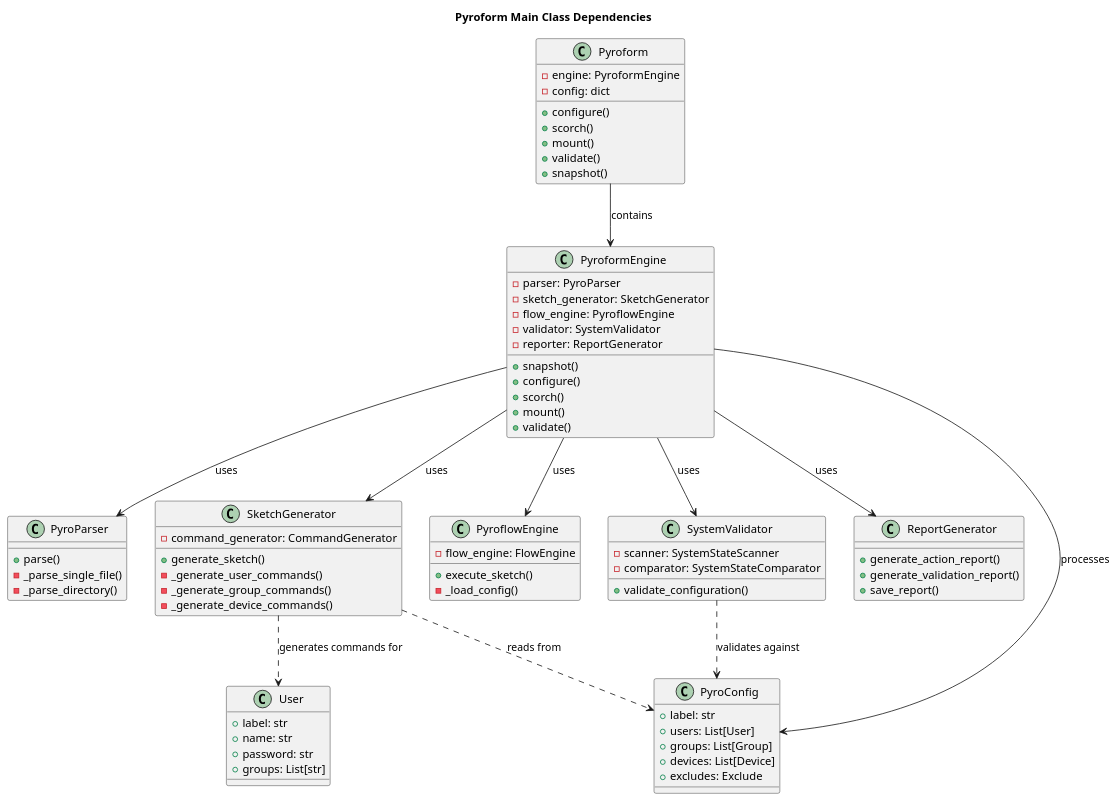
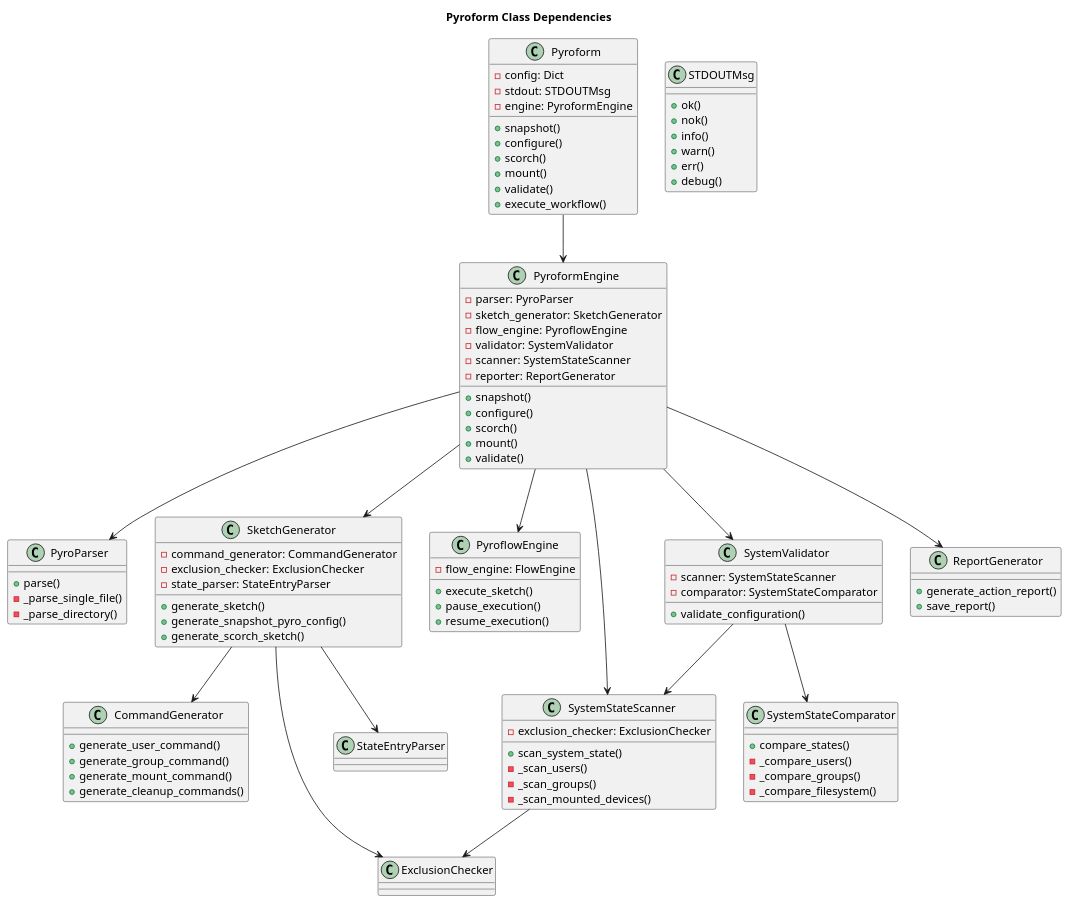
One commit to Del-Tango/Pyroform changed the diagram in pyroform/dox/Diagrams/pyroform_class_dependency.puml. Above: the diagram before and after it, drawn with PlantUML. The commit also changed 29 other files, not shown here.

Commit message:
Updated PlantUML diagrams and README file

```diff
--- a/pyroform/dox/Diagrams/pyroform_class_dependency.puml
+++ b/pyroform/dox/Diagrams/pyroform_class_dependency.puml
@@ -1,87 +1,111 @@
-@startuml Pyroform_Class_Dependencies
-title Pyroform Main Class Dependencies
+@startuml
+title Pyroform Class Dependencies
 
 class Pyroform {
-  +configure()
-  +scorch()
-  +mount()
-  +validate()
-  +snapshot()
-  -engine: PyroformEngine
-  -config: dict
+  - config: Dict
+  - stdout: STDOUTMsg
+  - engine: PyroformEngine
+  + snapshot()
+  + configure()
+  + scorch()
+  + mount()
+  + validate()
+  + execute_workflow()
 }
 
 class PyroformEngine {
-  +snapshot()
-  +configure()
-  +scorch()
-  +mount()
-  +validate()
-  -parser: PyroParser
-  -sketch_generator: SketchGenerator
-  -flow_engine: PyroflowEngine
-  -validator: SystemValidator
-  -reporter: ReportGenerator
+  - parser: PyroParser
+  - sketch_generator: SketchGenerator
+  - flow_engine: PyroflowEngine
+  - validator: SystemValidator
+  - scanner: SystemStateScanner
+  - reporter: ReportGenerator
+  + snapshot()
+  + configure()
+  + scorch()
+  + mount()
+  + validate()
 }
 
 class PyroParser {
-  +parse()
-  -_parse_single_file()
-  -_parse_directory()
+  + parse()
+  - _parse_single_file()
+  - _parse_directory()
 }
 
 class SketchGenerator {
-  +generate_sketch()
-  -_generate_user_commands()
-  -_generate_group_commands()
-  -_generate_device_commands()
-  -command_generator: CommandGenerator
+  - command_generator: CommandGenerator
+  - exclusion_checker: ExclusionChecker
+  - state_parser: StateEntryParser
+  + generate_sketch()
+  + generate_snapshot_pyro_config()
+  + generate_scorch_sketch()
 }
 
 class PyroflowEngine {
-  +execute_sketch()
-  -_load_config()
-  -flow_engine: FlowEngine
+  - flow_engine: FlowEngine
+  + execute_sketch()
+  + pause_execution()
+  + resume_execution()
 }
 
 class SystemValidator {
-  +validate_configuration()
-  -scanner: SystemStateScanner
-  -comparator: SystemStateComparator
+  - scanner: SystemStateScanner
+  - comparator: SystemStateComparator
+  + validate_configuration()
+}
+
+class SystemStateScanner {
+  - exclusion_checker: ExclusionChecker
+  + scan_system_state()
+  - _scan_users()
+  - _scan_groups()
+  - _scan_mounted_devices()
+}
+
+class SystemStateComparator {
+  + compare_states()
+  - _compare_users()
+  - _compare_groups()
+  - _compare_filesystem()
+}
+
+class CommandGenerator {
+  + generate_user_command()
+  + generate_group_command()
+  + generate_mount_command()
+  + generate_cleanup_commands()
 }
 
 class ReportGenerator {
-  +generate_action_report()
-  +generate_validation_report()
-  +save_report()
+  + generate_action_report()
+  + save_report()
 }
 
-class PyroConfig {
-  +label: str
-  +users: List[User]
-  +groups: List[Group]
-  +devices: List[Device]
-  +excludes: Exclude
+class STDOUTMsg {
+  + ok()
+  + nok()
+  + info()
+  + warn()
+  + err()
+  + debug()
 }
 
-class User {
-  +label: str
-  +name: str
-  +password: str
-  +groups: List[str]
-}
+Pyroform --> PyroformEngine
+PyroformEngine --> PyroParser
+PyroformEngine --> SketchGenerator
+PyroformEngine --> PyroflowEngine
+PyroformEngine --> SystemValidator
+PyroformEngine --> SystemStateScanner
+PyroformEngine --> ReportGenerator
 
-Pyroform --> PyroformEngine : contains
-PyroformEngine --> PyroParser : uses
-PyroformEngine --> SketchGenerator : uses
-PyroformEngine --> PyroflowEngine : uses
-PyroformEngine --> SystemValidator : uses
-PyroformEngine --> ReportGenerator : uses
-PyroformEngine --> PyroConfig : processes
+SketchGenerator --> CommandGenerator
+SketchGenerator --> ExclusionChecker
+SketchGenerator --> StateEntryParser
 
-SketchGenerator ..> User : generates commands for
-SketchGenerator ..> PyroConfig : reads from
+SystemValidator --> SystemStateScanner
+SystemValidator --> SystemStateComparator
 
-SystemValidator ..> PyroConfig : validates against
+SystemStateScanner --> ExclusionChecker
 
 @enduml
```
